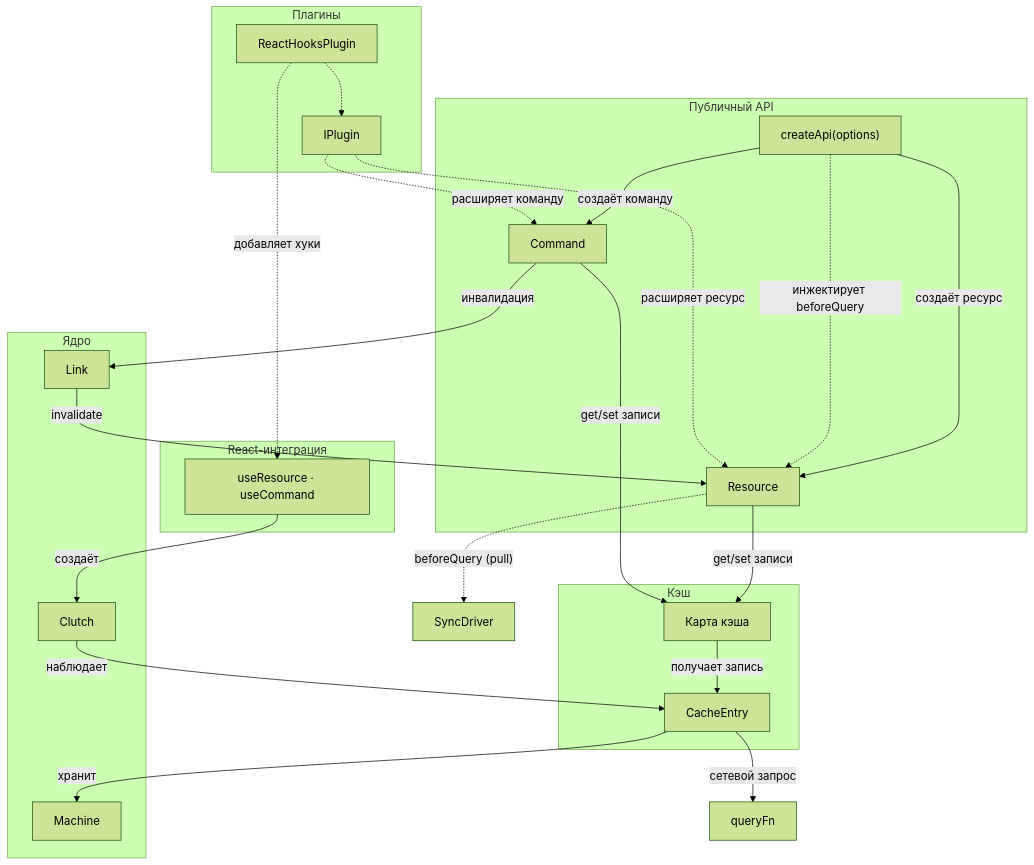
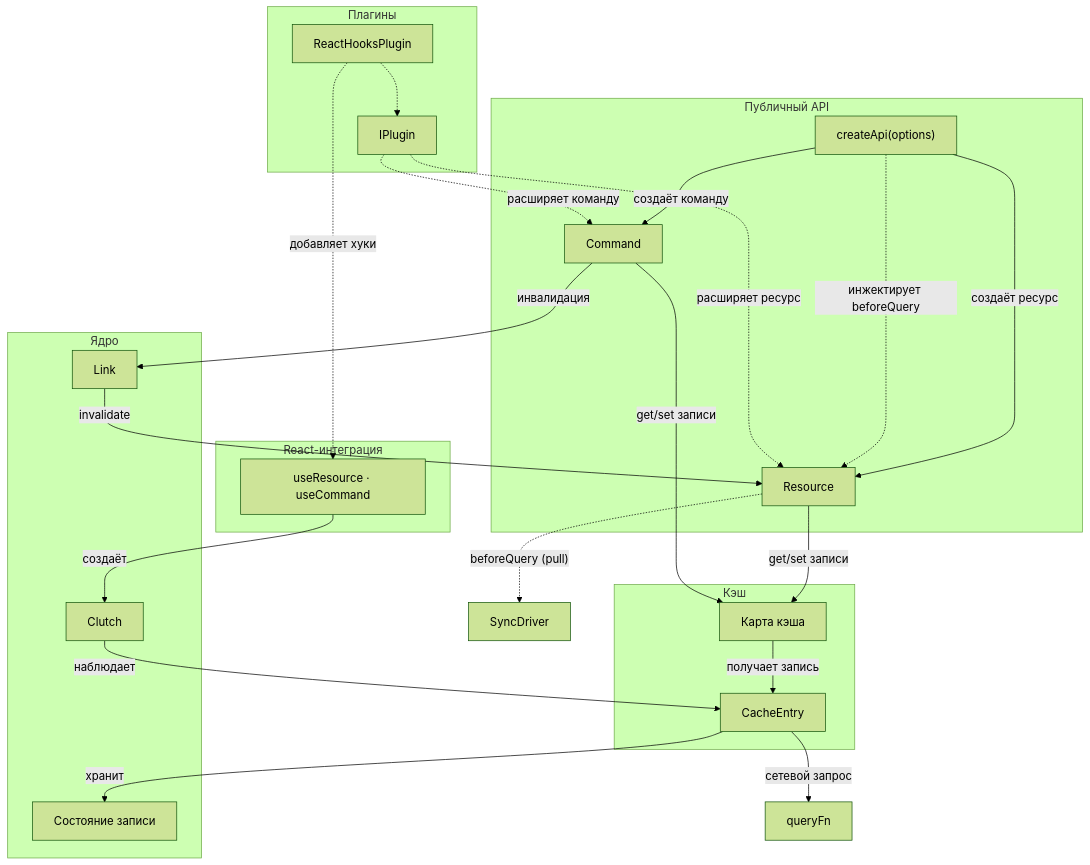
The diagram in docs/query/concepts/architecture.md (fozy-labs/rx-toolkit), drawn with Mermaid (forest theme) before and after one commit. The commit also changed other lines of this file and 71 other files, not shown here.

````diff
--- a/docs/query/concepts/architecture.md
+++ b/docs/query/concepts/architecture.md
@@ -9,54 +9,54 @@
 ```mermaid
 graph TD
     subgraph api ["Публичный API"]
         CREATE_API["createApi(options)"]
         RES["Resource"]
         CMD["Command"]
     end
 
     subgraph cache ["Кэш"]
         CMAP["Карта кэша"]
         ENTRY["CacheEntry"]
     end
 
     subgraph core ["Ядро"]
-        MACHINE["Machine"]
+        STATE["Состояние записи"]
         CLUTCH["Clutch"]
         LINK["Link"]
     end
 
     subgraph plugins ["Плагины"]
         IPLUG["IPlugin"]
         REACT_PLG["ReactHooksPlugin"]
     end
 
     subgraph react ["React-интеграция"]
         HOOKS["useResource · useCommand"]
     end
 
     QUERYFN["queryFn"]
     SYNC["SyncDriver"]
 
     CREATE_API -- "создаёт ресурс" --> RES
     CREATE_API -- "создаёт команду" --> CMD
     CREATE_API -. "инжектирует beforeQuery" .-> RES
 
     REACT_PLG -.-> IPLUG
     IPLUG -. "расширяет ресурс" .-> RES
     IPLUG -. "расширяет команду" .-> CMD
     REACT_PLG -. "добавляет хуки" .-> HOOKS
 
     RES -- "get/set записи" --> CMAP
     CMD -- "get/set записи" --> CMAP
     CMAP -- "получает запись" --> ENTRY
-    ENTRY -- "хранит" --> MACHINE
+    ENTRY -- "хранит" --> STATE
     ENTRY -- "сетевой запрос" --> QUERYFN
 
     CMD -- "инвалидация" --> LINK
     LINK -- "invalidate" --> RES
 
     RES -. "beforeQuery (pull)" .-> SYNC
 
     HOOKS -- "создаёт" --> CLUTCH
     CLUTCH -- "наблюдает" --> ENTRY
 ```
````
